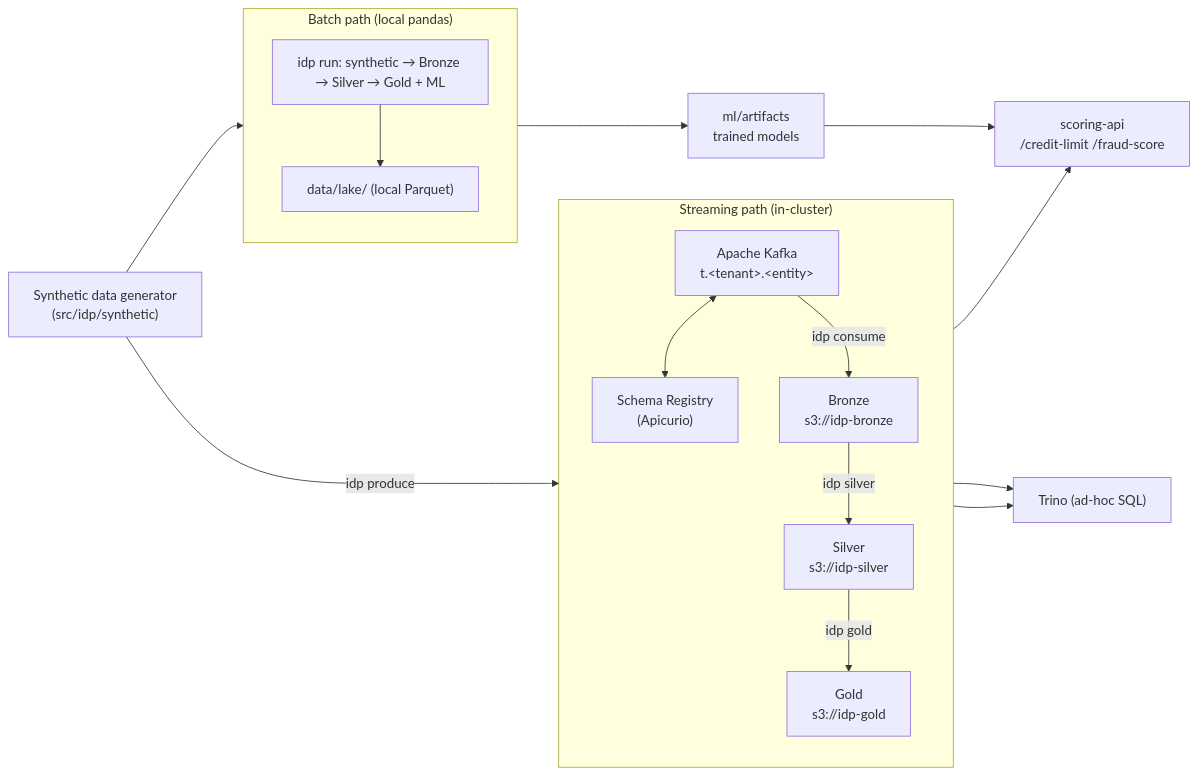
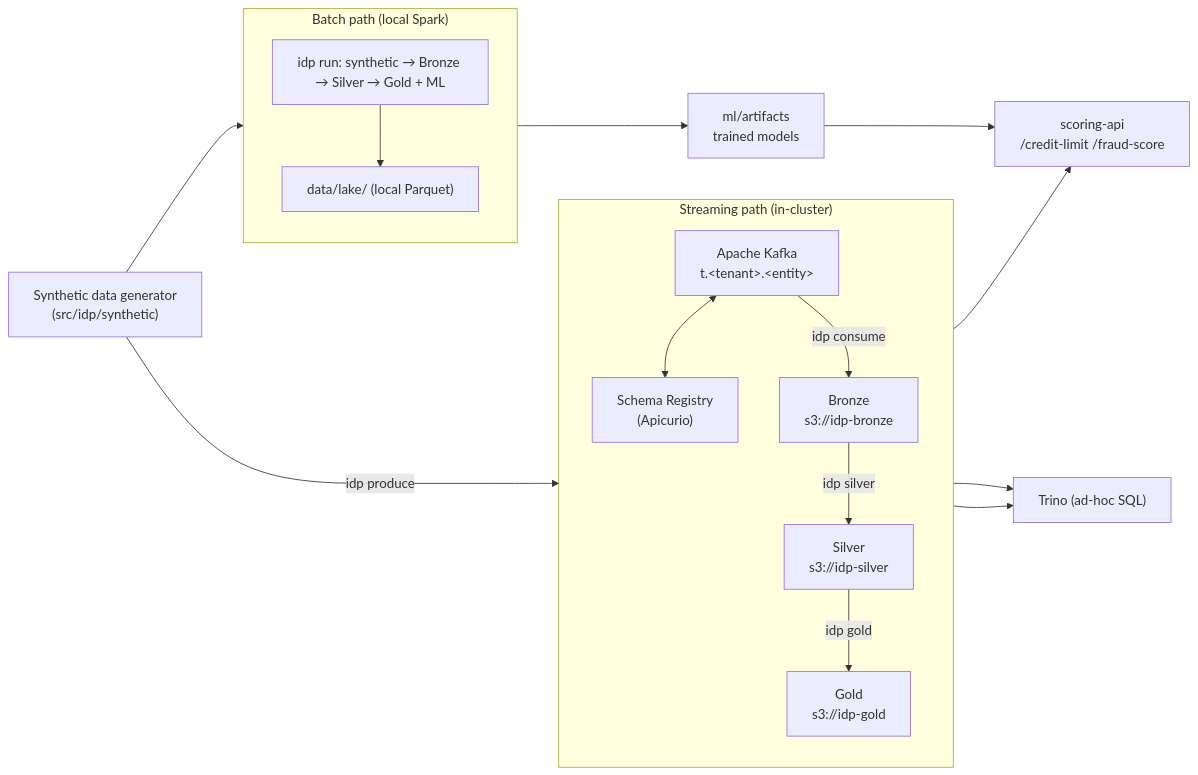
Before and after one commit to vikasagarwal2485/intelligent_data_platform: the first of 2 diagrams in README.md, drawn with Mermaid. The commit also changed other lines of this file and 66 other files, not shown here.

````diff
--- a/README.md
+++ b/README.md
@@ -97,33 +99,33 @@
 ```mermaid
 flowchart LR
     SYN["Synthetic data generator<br/>(src/idp/synthetic)"]
 
-    subgraph BATCH["Batch path (local pandas)"]
+    subgraph BATCH["Batch path (local Spark)"]
       direction TB
       B_ALL["idp run: synthetic → Bronze → Silver → Gold + ML"]
       B_OUT["data/lake/ (local Parquet)"]
       B_ALL --> B_OUT
     end
 
     subgraph STREAM["Streaming path (in-cluster)"]
       direction TB
       KAFKA["Apache Kafka<br/>t.&lt;tenant&gt;.&lt;entity&gt;"]
       SR["Schema Registry<br/>(Apicurio)"]
       BRONZE["Bronze<br/>s3://idp-bronze"]
       SILVER["Silver<br/>s3://idp-silver"]
       GOLD["Gold<br/>s3://idp-gold"]
       KAFKA <--> SR
       KAFKA -->|idp consume| BRONZE
       BRONZE -->|idp silver| SILVER
       SILVER -->|idp gold| GOLD
     end
 
     SYN --> B_ALL
     SYN -->|idp produce| KAFKA
 
     GOLD --> API["scoring-api<br/>/credit-limit /fraud-score"]
     B_OUT --> MODELS["ml/artifacts<br/>trained models"]
     MODELS --> API
     SILVER --> TRINO["Trino (ad-hoc SQL)"]
     GOLD --> TRINO
 ```
````
